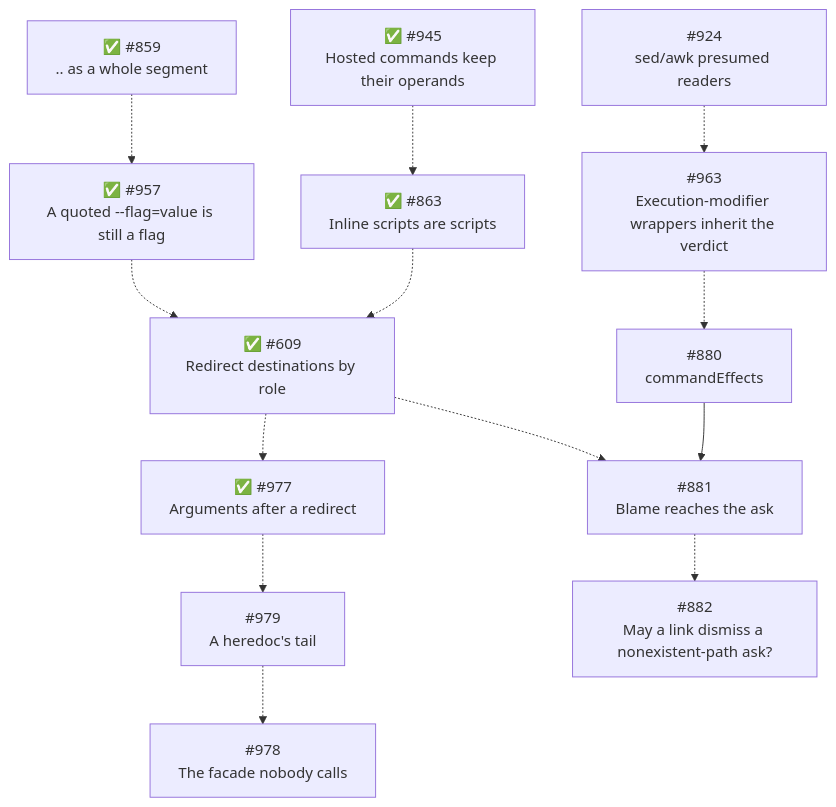
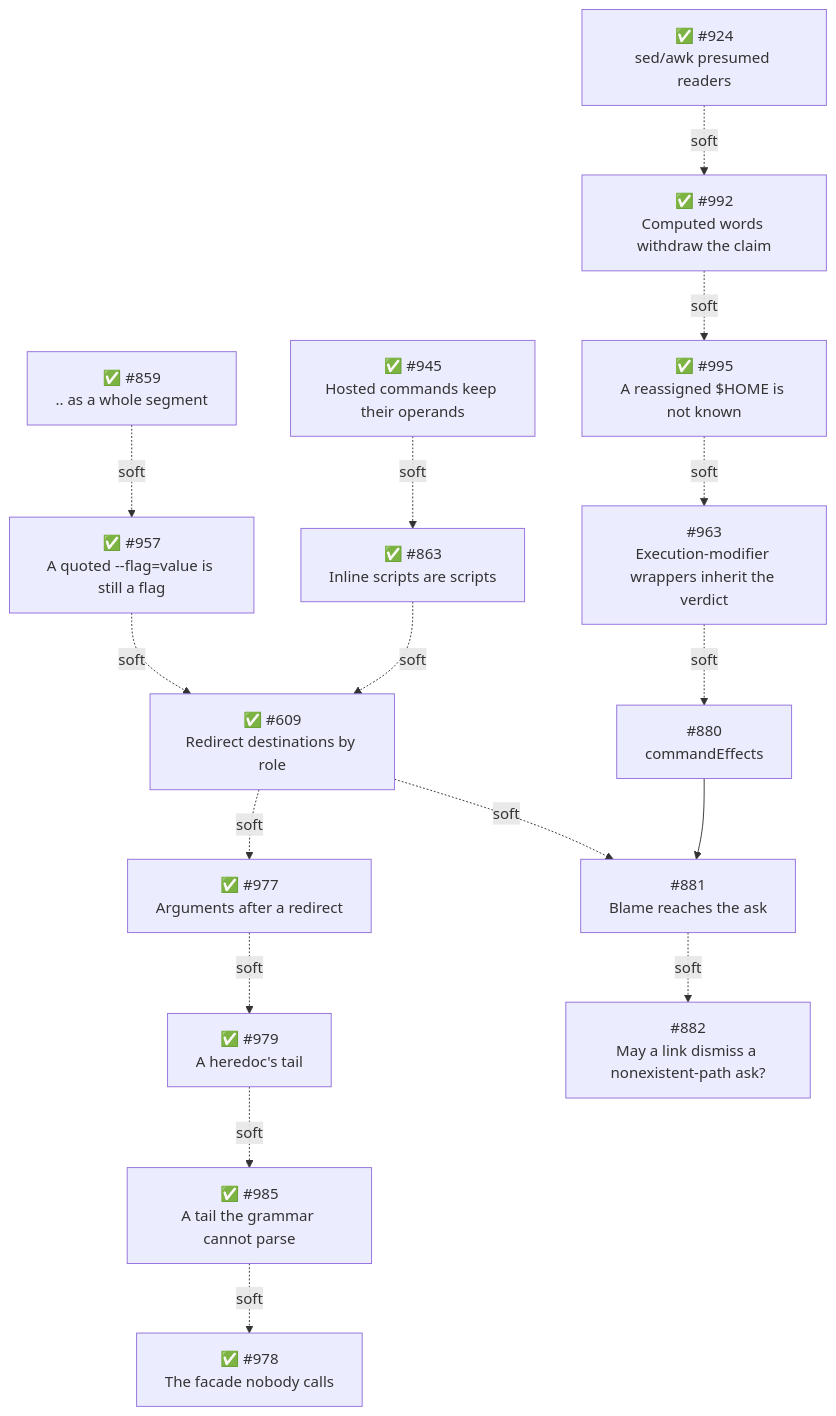
One commit to xzzpig/pi-extensions changed the fourth of 4 diagrams in docs/architecture/architecture.md. Above: the diagram before and after it, drawn with Mermaid. The commit also changed other lines of this file and 103 other files, not shown here.

````diff
--- a/docs/architecture/architecture.md
+++ b/docs/architecture/architecture.md
@@ -1565,15 +1660,18 @@
 ```mermaid
 flowchart TD
-    S945["✅ #945<br/>Hosted commands keep their operands"] -.-> S863["✅ #863<br/>Inline scripts are scripts"]
-    S863 -.-> S609["✅ #609<br/>Redirect destinations by role"]
-    S859["✅ #859<br/>.. as a whole segment"] -.-> S957["✅ #957<br/>A quoted --flag=value is still a flag"]
-    S957 -.-> S609
-    S924["#924<br/>sed/awk presumed readers"] -.-> S963["#963<br/>Execution-modifier wrappers inherit the verdict"]
-    S963 -.-> S880["#880<br/>commandEffects"]
+    S945["✅ #945<br/>Hosted commands keep their operands"] -.soft.-> S863["✅ #863<br/>Inline scripts are scripts"]
+    S863 -.soft.-> S609["✅ #609<br/>Redirect destinations by role"]
+    S859["✅ #859<br/>.. as a whole segment"] -.soft.-> S957["✅ #957<br/>A quoted --flag=value is still a flag"]
+    S957 -.soft.-> S609
+    S924["✅ #924<br/>sed/awk presumed readers"] -.soft.-> S992["✅ #992<br/>Computed words withdraw the claim"]
+    S992 -.soft.-> S995["✅ #995<br/>A reassigned $HOME is not known"]
+    S995 -.soft.-> S963["#963<br/>Execution-modifier wrappers inherit the verdict"]
+    S963 -.soft.-> S880["#880<br/>commandEffects"]
     S880 --> S881["#881<br/>Blame reaches the ask"]
-    S609 -.-> S881
-    S609 -.-> S977["✅ #977<br/>Arguments after a redirect"]
-    S977 -.-> S979["#979<br/>A heredoc's tail"]
-    S979 -.-> S978["#978<br/>The facade nobody calls"]
-    S881 -.-> S882["#882<br/>May a link dismiss a nonexistent-path ask?"]
+    S609 -.soft.-> S881
+    S609 -.soft.-> S977["✅ #977<br/>Arguments after a redirect"]
+    S977 -.soft.-> S979["✅ #979<br/>A heredoc's tail"]
+    S979 -.soft.-> S985["✅ #985<br/>A tail the grammar cannot parse"]
+    S985 -.soft.-> S978["✅ #978<br/>The facade nobody calls"]
+    S881 -.soft.-> S882["#882<br/>May a link dismiss a nonexistent-path ask?"]
 ```
````
